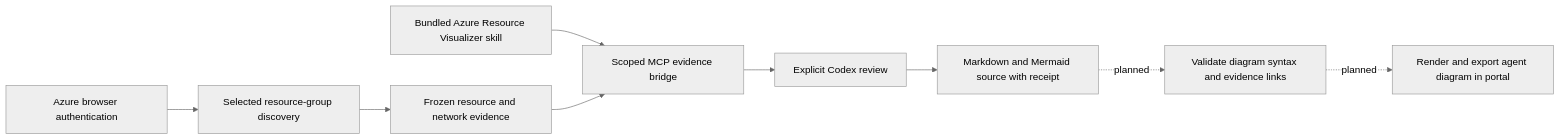
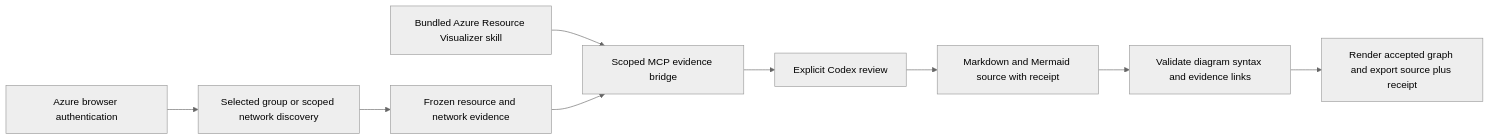
The second of 3 diagrams in README.md (Enetact/Bicep), drawn with Mermaid (neutral theme) before and after one commit. The commit also changed other lines of this file and 53 other files, not shown here.

First line of the commit message:
feat: Implement network discovery and allocation features

````diff
--- a/README.md
+++ b/README.md
@@ -170,11 +170,11 @@
 ```mermaid
 flowchart LR
-    Azure[Azure browser authentication] --> Reader[Selected resource-group discovery]
+    Azure[Azure browser authentication] --> Reader[Selected group or scoped network discovery]
     Reader --> Facts[Frozen resource and network evidence]
     Skill[Bundled Azure Resource Visualizer skill] --> MCP[Scoped MCP evidence bridge]
     Facts --> MCP
     MCP --> Agent[Explicit Codex review]
     Agent --> Review[Markdown and Mermaid source with receipt]
-    Review -. planned .-> Validate[Validate diagram syntax and evidence links]
-    Validate -. planned .-> Render[Render and export agent diagram in portal]
+    Review --> Validate[Validate diagram syntax and evidence links]
+    Validate --> Render[Render accepted graph and export source plus receipt]
 ```
````
